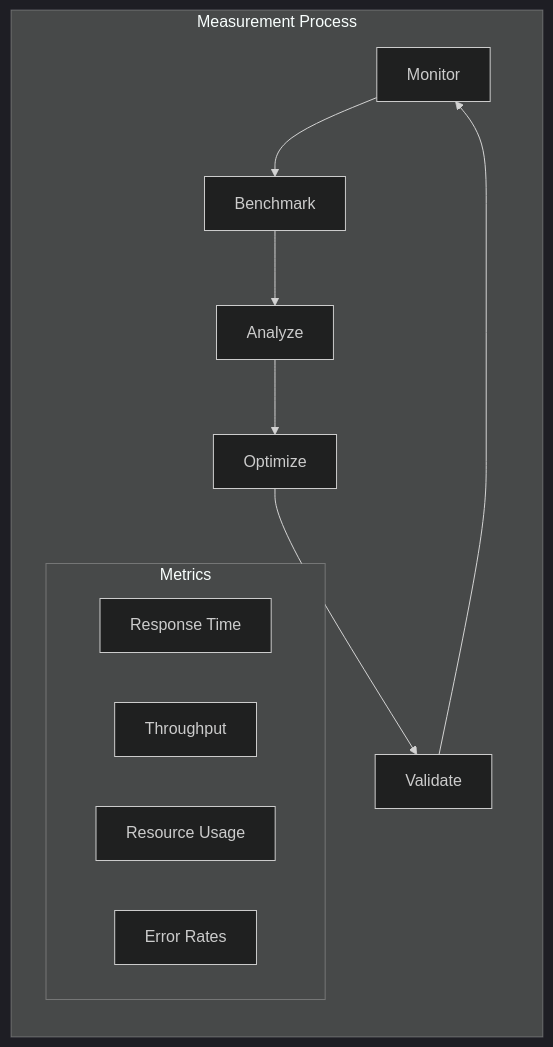
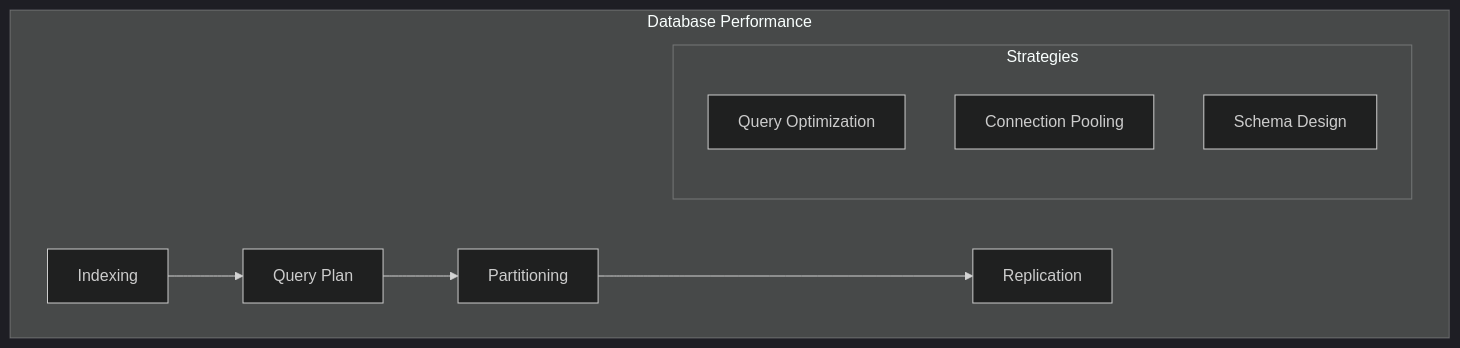
The fourth of 8 diagrams in src/Performance_Optimization_Techniques.md (saravanakumarrc/Architecture_Journey), drawn with Mermaid (dark theme) before and after one commit. The commit also changed other lines of this file and 4 other files, not shown here.

Commit message:
Refactor System Design Principles and Patterns documentation for clarity and conciseness; enhance Technical Debt Management framework with structured metrics and prioritization strategies.

````diff
--- a/src/Performance_Optimization_Techniques.md
+++ b/src/Performance_Optimization_Techniques.md
@@ -54,19 +90,14 @@
 ```mermaid
-flowchart TB
-    subgraph "Measurement Process"
-        direction TB
+graph TB
+    subgraph "Database Performance"
+        I[Indexing] --> Q[Query Plan]
+        Q --> P[Partitioning]
+        P --> R[Replication]
         
-        M[Monitor] --> B[Benchmark]
-        B --> A[Analyze]
-        A --> O[Optimize]
-        O --> V[Validate]
-        V --> M
-        
-        subgraph "Metrics"
-            M1[Response Time]
-            M2[Throughput]
-            M3[Resource Usage]
-            M4[Error Rates]
+        subgraph "Strategies"
+            QO[Query Optimization]
+            CP[Connection Pooling]
+            SC[Schema Design]
         end
     end
 ```
````
